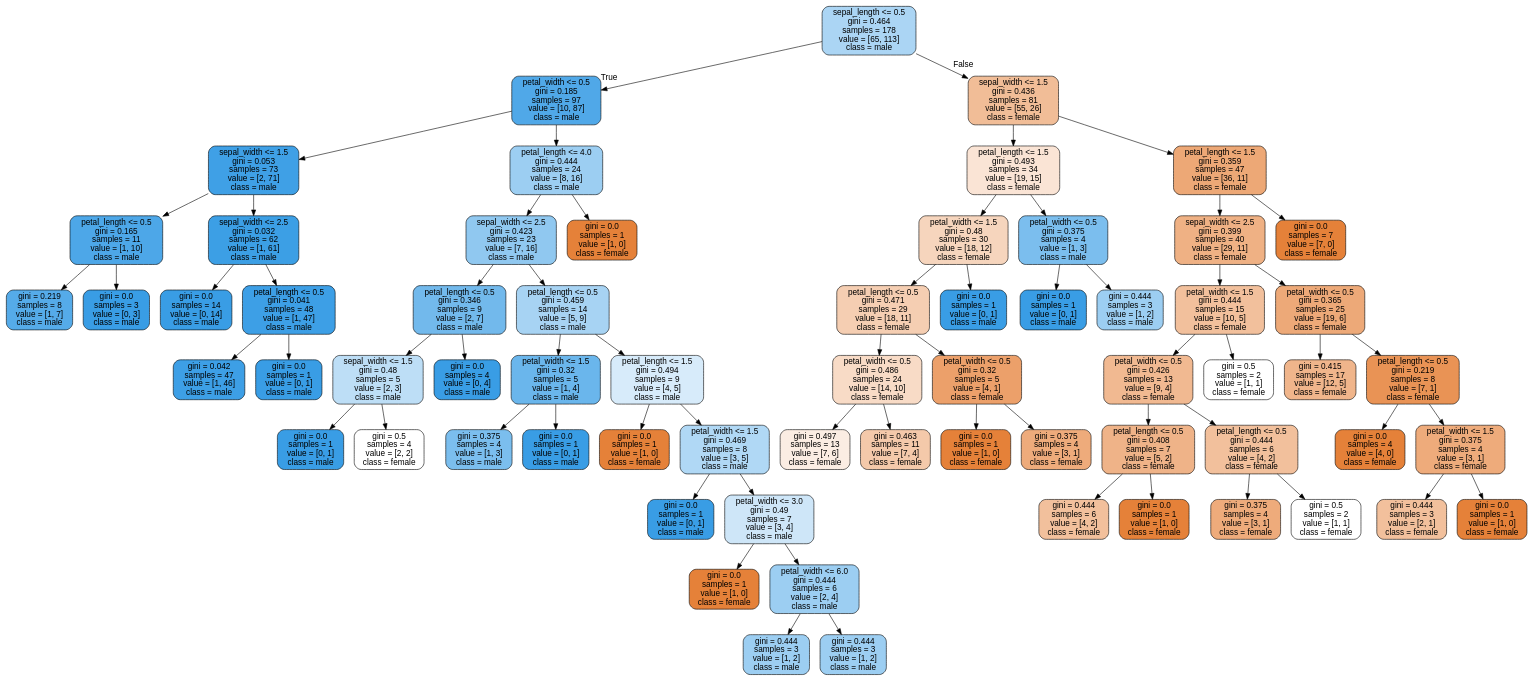
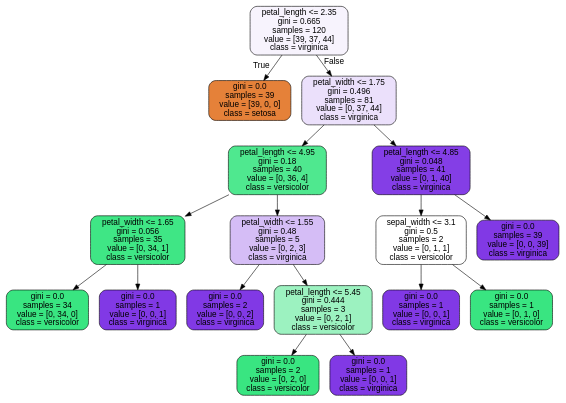
Before and after one commit to danishmeh/Datascience_learn_with_python: the diagram in ML again/decision_tree/iris.dot, drawn with Graphviz. The commit also changed 5 other files, not shown here.

```diff
--- a/ML again/decision_tree/iris.dot
+++ b/ML again/decision_tree/iris.dot
@@ -1,133 +1,37 @@
 digraph Tree {
 node [shape=box, style="filled, rounded", color="black", fontname="helvetica"] ;
 edge [fontname="helvetica"] ;
-0 [label="sepal_length <= 0.5\ngini = 0.464\nsamples = 178\nvalue = [65, 113]\nclass = male", fillcolor="#abd5f4"] ;
-1 [label="petal_width <= 0.5\ngini = 0.185\nsamples = 97\nvalue = [10, 87]\nclass = male", fillcolor="#50a8e8"] ;
+0 [label="petal_length <= 2.35\ngini = 0.665\nsamples = 120\nvalue = [39, 37, 44]\nclass = virginica", fillcolor="#f7f3fd"] ;
+1 [label="gini = 0.0\nsamples = 39\nvalue = [39, 0, 0]\nclass = setosa", fillcolor="#e58139"] ;
 0 -> 1 [labeldistance=2.5, labelangle=45, headlabel="True"] ;
-2 [label="sepal_width <= 1.5\ngini = 0.053\nsamples = 73\nvalue = [2, 71]\nclass = male", fillcolor="#3fa0e6"] ;
-1 -> 2 ;
-3 [label="petal_length <= 0.5\ngini = 0.165\nsamples = 11\nvalue = [1, 10]\nclass = male", fillcolor="#4da7e8"] ;
+2 [label="petal_width <= 1.75\ngini = 0.496\nsamples = 81\nvalue = [0, 37, 44]\nclass = virginica", fillcolor="#ebe0fb"] ;
+0 -> 2 [labeldistance=2.5, labelangle=-45, headlabel="False"] ;
+3 [label="petal_length <= 4.95\ngini = 0.18\nsamples = 40\nvalue = [0, 36, 4]\nclass = versicolor", fillcolor="#4fe88f"] ;
 2 -> 3 ;
-4 [label="gini = 0.219\nsamples = 8\nvalue = [1, 7]\nclass = male", fillcolor="#55abe9"] ;
+4 [label="petal_width <= 1.65\ngini = 0.056\nsamples = 35\nvalue = [0, 34, 1]\nclass = versicolor", fillcolor="#3fe685"] ;
 3 -> 4 ;
-5 [label="gini = 0.0\nsamples = 3\nvalue = [0, 3]\nclass = male", fillcolor="#399de5"] ;
-3 -> 5 ;
-6 [label="sepal_width <= 2.5\ngini = 0.032\nsamples = 62\nvalue = [1, 61]\nclass = male", fillcolor="#3c9fe5"] ;
-2 -> 6 ;
-7 [label="gini = 0.0\nsamples = 14\nvalue = [0, 14]\nclass = male", fillcolor="#399de5"] ;
-6 -> 7 ;
-8 [label="petal_length <= 0.5\ngini = 0.041\nsamples = 48\nvalue = [1, 47]\nclass = male", fillcolor="#3d9fe6"] ;
-6 -> 8 ;
-9 [label="gini = 0.042\nsamples = 47\nvalue = [1, 46]\nclass = male", fillcolor="#3d9fe6"] ;
-8 -> 9 ;
-10 [label="gini = 0.0\nsamples = 1\nvalue = [0, 1]\nclass = male", fillcolor="#399de5"] ;
-8 -> 10 ;
-11 [label="petal_length <= 4.0\ngini = 0.444\nsamples = 24\nvalue = [8, 16]\nclass = male", fillcolor="#9ccef2"] ;
-1 -> 11 ;
-12 [label="sepal_width <= 2.5\ngini = 0.423\nsamples = 23\nvalue = [7, 16]\nclass = male", fillcolor="#90c8f0"] ;
-11 -> 12 ;
-13 [label="petal_length <= 0.5\ngini = 0.346\nsamples = 9\nvalue = [2, 7]\nclass = male", fillcolor="#72b9ec"] ;
+5 [label="gini = 0.0\nsamples = 34\nvalue = [0, 34, 0]\nclass = versicolor", fillcolor="#39e581"] ;
+4 -> 5 ;
+6 [label="gini = 0.0\nsamples = 1\nvalue = [0, 0, 1]\nclass = virginica", fillcolor="#8139e5"] ;
+4 -> 6 ;
+7 [label="petal_width <= 1.55\ngini = 0.48\nsamples = 5\nvalue = [0, 2, 3]\nclass = virginica", fillcolor="#d5bdf6"] ;
+3 -> 7 ;
+8 [label="gini = 0.0\nsamples = 2\nvalue = [0, 0, 2]\nclass = virginica", fillcolor="#8139e5"] ;
+7 -> 8 ;
+9 [label="petal_length <= 5.45\ngini = 0.444\nsamples = 3\nvalue = [0, 2, 1]\nclass = versicolor", fillcolor="#9cf2c0"] ;
+7 -> 9 ;
+10 [label="gini = 0.0\nsamples = 2\nvalue = [0, 2, 0]\nclass = versicolor", fillcolor="#39e581"] ;
+9 -> 10 ;
+11 [label="gini = 0.0\nsamples = 1\nvalue = [0, 0, 1]\nclass = virginica", fillcolor="#8139e5"] ;
+9 -> 11 ;
+12 [label="petal_length <= 4.85\ngini = 0.048\nsamples = 41\nvalue = [0, 1, 40]\nclass = virginica", fillcolor="#843ee6"] ;
+2 -> 12 ;
+13 [label="sepal_width <= 3.1\ngini = 0.5\nsamples = 2\nvalue = [0, 1, 1]\nclass = versicolor", fillcolor="#ffffff"] ;
 12 -> 13 ;
-14 [label="sepal_width <= 1.5\ngini = 0.48\nsamples = 5\nvalue = [2, 3]\nclass = male", fillcolor="#bddef6"] ;
+14 [label="gini = 0.0\nsamples = 1\nvalue = [0, 0, 1]\nclass = virginica", fillcolor="#8139e5"] ;
 13 -> 14 ;
-15 [label="gini = 0.0\nsamples = 1\nvalue = [0, 1]\nclass = male", fillcolor="#399de5"] ;
-14 -> 15 ;
-16 [label="gini = 0.5\nsamples = 4\nvalue = [2, 2]\nclass = female", fillcolor="#ffffff"] ;
-14 -> 16 ;
-17 [label="gini = 0.0\nsamples = 4\nvalue = [0, 4]\nclass = male", fillcolor="#399de5"] ;
-13 -> 17 ;
-18 [label="petal_length <= 0.5\ngini = 0.459\nsamples = 14\nvalue = [5, 9]\nclass = male", fillcolor="#a7d3f3"] ;
-12 -> 18 ;
-19 [label="petal_width <= 1.5\ngini = 0.32\nsamples = 5\nvalue = [1, 4]\nclass = male", fillcolor="#6ab6ec"] ;
-18 -> 19 ;
-20 [label="gini = 0.375\nsamples = 4\nvalue = [1, 3]\nclass = male", fillcolor="#7bbeee"] ;
-19 -> 20 ;
-21 [label="gini = 0.0\nsamples = 1\nvalue = [0, 1]\nclass = male", fillcolor="#399de5"] ;
-19 -> 21 ;
-22 [label="petal_length <= 1.5\ngini = 0.494\nsamples = 9\nvalue = [4, 5]\nclass = male", fillcolor="#d7ebfa"] ;
-18 -> 22 ;
-23 [label="gini = 0.0\nsamples = 1\nvalue = [1, 0]\nclass = female", fillcolor="#e58139"] ;
-22 -> 23 ;
-24 [label="petal_width <= 1.5\ngini = 0.469\nsamples = 8\nvalue = [3, 5]\nclass = male", fillcolor="#b0d8f5"] ;
-22 -> 24 ;
-25 [label="gini = 0.0\nsamples = 1\nvalue = [0, 1]\nclass = male", fillcolor="#399de5"] ;
-24 -> 25 ;
-26 [label="petal_width <= 3.0\ngini = 0.49\nsamples = 7\nvalue = [3, 4]\nclass = male", fillcolor="#cee6f8"] ;
-24 -> 26 ;
-27 [label="gini = 0.0\nsamples = 1\nvalue = [1, 0]\nclass = female", fillcolor="#e58139"] ;
-26 -> 27 ;
-28 [label="petal_width <= 6.0\ngini = 0.444\nsamples = 6\nvalue = [2, 4]\nclass = male", fillcolor="#9ccef2"] ;
-26 -> 28 ;
-29 [label="gini = 0.444\nsamples = 3\nvalue = [1, 2]\nclass = male", fillcolor="#9ccef2"] ;
-28 -> 29 ;
-30 [label="gini = 0.444\nsamples = 3\nvalue = [1, 2]\nclass = male", fillcolor="#9ccef2"] ;
-28 -> 30 ;
-31 [label="gini = 0.0\nsamples = 1\nvalue = [1, 0]\nclass = female", fillcolor="#e58139"] ;
-11 -> 31 ;
-32 [label="sepal_width <= 1.5\ngini = 0.436\nsamples = 81\nvalue = [55, 26]\nclass = female", fillcolor="#f1bd97"] ;
-0 -> 32 [labeldistance=2.5, labelangle=-45, headlabel="False"] ;
-33 [label="petal_length <= 1.5\ngini = 0.493\nsamples = 34\nvalue = [19, 15]\nclass = female", fillcolor="#fae4d5"] ;
-32 -> 33 ;
-34 [label="petal_width <= 1.5\ngini = 0.48\nsamples = 30\nvalue = [18, 12]\nclass = female", fillcolor="#f6d5bd"] ;
-33 -> 34 ;
-35 [label="petal_length <= 0.5\ngini = 0.471\nsamples = 29\nvalue = [18, 11]\nclass = female", fillcolor="#f5ceb2"] ;
-34 -> 35 ;
-36 [label="petal_width <= 0.5\ngini = 0.486\nsamples = 24\nvalue = [14, 10]\nclass = female", fillcolor="#f8dbc6"] ;
-35 -> 36 ;
-37 [label="gini = 0.497\nsamples = 13\nvalue = [7, 6]\nclass = female", fillcolor="#fbede3"] ;
-36 -> 37 ;
-38 [label="gini = 0.463\nsamples = 11\nvalue = [7, 4]\nclass = female", fillcolor="#f4c9aa"] ;
-36 -> 38 ;
-39 [label="petal_width <= 0.5\ngini = 0.32\nsamples = 5\nvalue = [4, 1]\nclass = female", fillcolor="#eca06a"] ;
-35 -> 39 ;
-40 [label="gini = 0.0\nsamples = 1\nvalue = [1, 0]\nclass = female", fillcolor="#e58139"] ;
-39 -> 40 ;
-41 [label="gini = 0.375\nsamples = 4\nvalue = [3, 1]\nclass = female", fillcolor="#eeab7b"] ;
-39 -> 41 ;
-42 [label="gini = 0.0\nsamples = 1\nvalue = [0, 1]\nclass = male", fillcolor="#399de5"] ;
-34 -> 42 ;
-43 [label="petal_width <= 0.5\ngini = 0.375\nsamples = 4\nvalue = [1, 3]\nclass = male", fillcolor="#7bbeee"] ;
-33 -> 43 ;
-44 [label="gini = 0.0\nsamples = 1\nvalue = [0, 1]\nclass = male", fillcolor="#399de5"] ;
-43 -> 44 ;
-45 [label="gini = 0.444\nsamples = 3\nvalue = [1, 2]\nclass = male", fillcolor="#9ccef2"] ;
-43 -> 45 ;
-46 [label="petal_length <= 1.5\ngini = 0.359\nsamples = 47\nvalue = [36, 11]\nclass = female", fillcolor="#eda876"] ;
-32 -> 46 ;
-47 [label="sepal_width <= 2.5\ngini = 0.399\nsamples = 40\nvalue = [29, 11]\nclass = female", fillcolor="#efb184"] ;
-46 -> 47 ;
-48 [label="petal_width <= 1.5\ngini = 0.444\nsamples = 15\nvalue = [10, 5]\nclass = female", fillcolor="#f2c09c"] ;
-47 -> 48 ;
-49 [label="petal_width <= 0.5\ngini = 0.426\nsamples = 13\nvalue = [9, 4]\nclass = female", fillcolor="#f1b991"] ;
-48 -> 49 ;
-50 [label="petal_length <= 0.5\ngini = 0.408\nsamples = 7\nvalue = [5, 2]\nclass = female", fillcolor="#efb388"] ;
-49 -> 50 ;
-51 [label="gini = 0.444\nsamples = 6\nvalue = [4, 2]\nclass = female", fillcolor="#f2c09c"] ;
-50 -> 51 ;
-52 [label="gini = 0.0\nsamples = 1\nvalue = [1, 0]\nclass = female", fillcolor="#e58139"] ;
-50 -> 52 ;
-53 [label="petal_length <= 0.5\ngini = 0.444\nsamples = 6\nvalue = [4, 2]\nclass = female", fillcolor="#f2c09c"] ;
-49 -> 53 ;
-54 [label="gini = 0.375\nsamples = 4\nvalue = [3, 1]\nclass = female", fillcolor="#eeab7b"] ;
-53 -> 54 ;
-55 [label="gini = 0.5\nsamples = 2\nvalue = [1, 1]\nclass = female", fillcolor="#ffffff"] ;
-53 -> 55 ;
-56 [label="gini = 0.5\nsamples = 2\nvalue = [1, 1]\nclass = female", fillcolor="#ffffff"] ;
-48 -> 56 ;
-57 [label="petal_width <= 0.5\ngini = 0.365\nsamples = 25\nvalue = [19, 6]\nclass = female", fillcolor="#eda978"] ;
-47 -> 57 ;
-58 [label="gini = 0.415\nsamples = 17\nvalue = [12, 5]\nclass = female", fillcolor="#f0b58b"] ;
-57 -> 58 ;
-59 [label="petal_length <= 0.5\ngini = 0.219\nsamples = 8\nvalue = [7, 1]\nclass = female", fillcolor="#e99355"] ;
-57 -> 59 ;
-60 [label="gini = 0.0\nsamples = 4\nvalue = [4, 0]\nclass = female", fillcolor="#e58139"] ;
-59 -> 60 ;
-61 [label="petal_width <= 1.5\ngini = 0.375\nsamples = 4\nvalue = [3, 1]\nclass = female", fillcolor="#eeab7b"] ;
-59 -> 61 ;
-62 [label="gini = 0.444\nsamples = 3\nvalue = [2, 1]\nclass = female", fillcolor="#f2c09c"] ;
-61 -> 62 ;
-63 [label="gini = 0.0\nsamples = 1\nvalue = [1, 0]\nclass = female", fillcolor="#e58139"] ;
-61 -> 63 ;
-64 [label="gini = 0.0\nsamples = 7\nvalue = [7, 0]\nclass = female", fillcolor="#e58139"] ;
-46 -> 64 ;
+15 [label="gini = 0.0\nsamples = 1\nvalue = [0, 1, 0]\nclass = versicolor", fillcolor="#39e581"] ;
+13 -> 15 ;
+16 [label="gini = 0.0\nsamples = 39\nvalue = [0, 0, 39]\nclass = virginica", fillcolor="#8139e5"] ;
+12 -> 16 ;
 }
```
